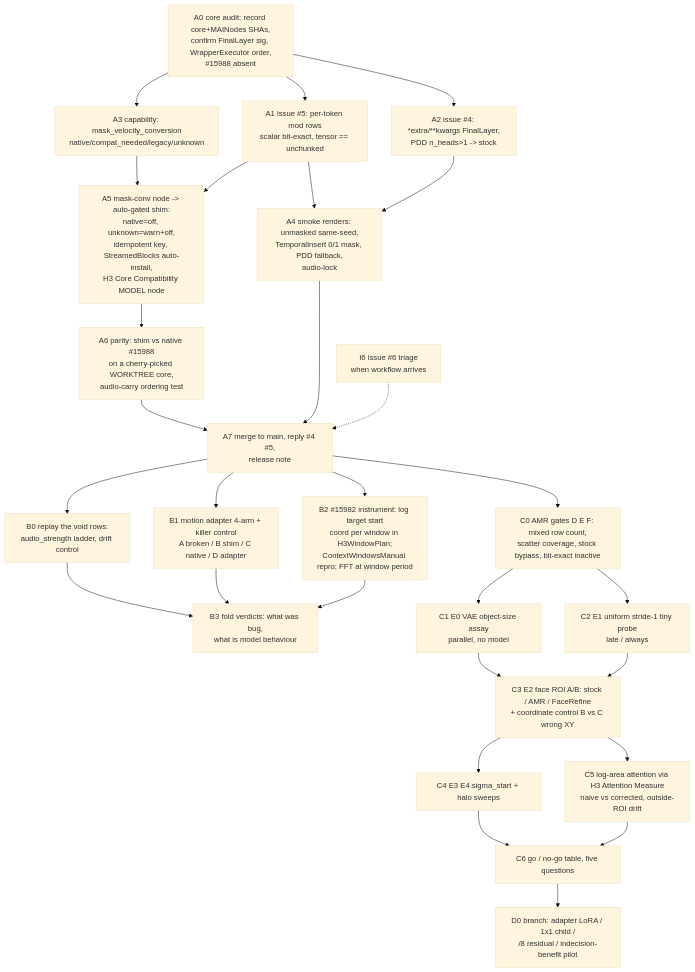
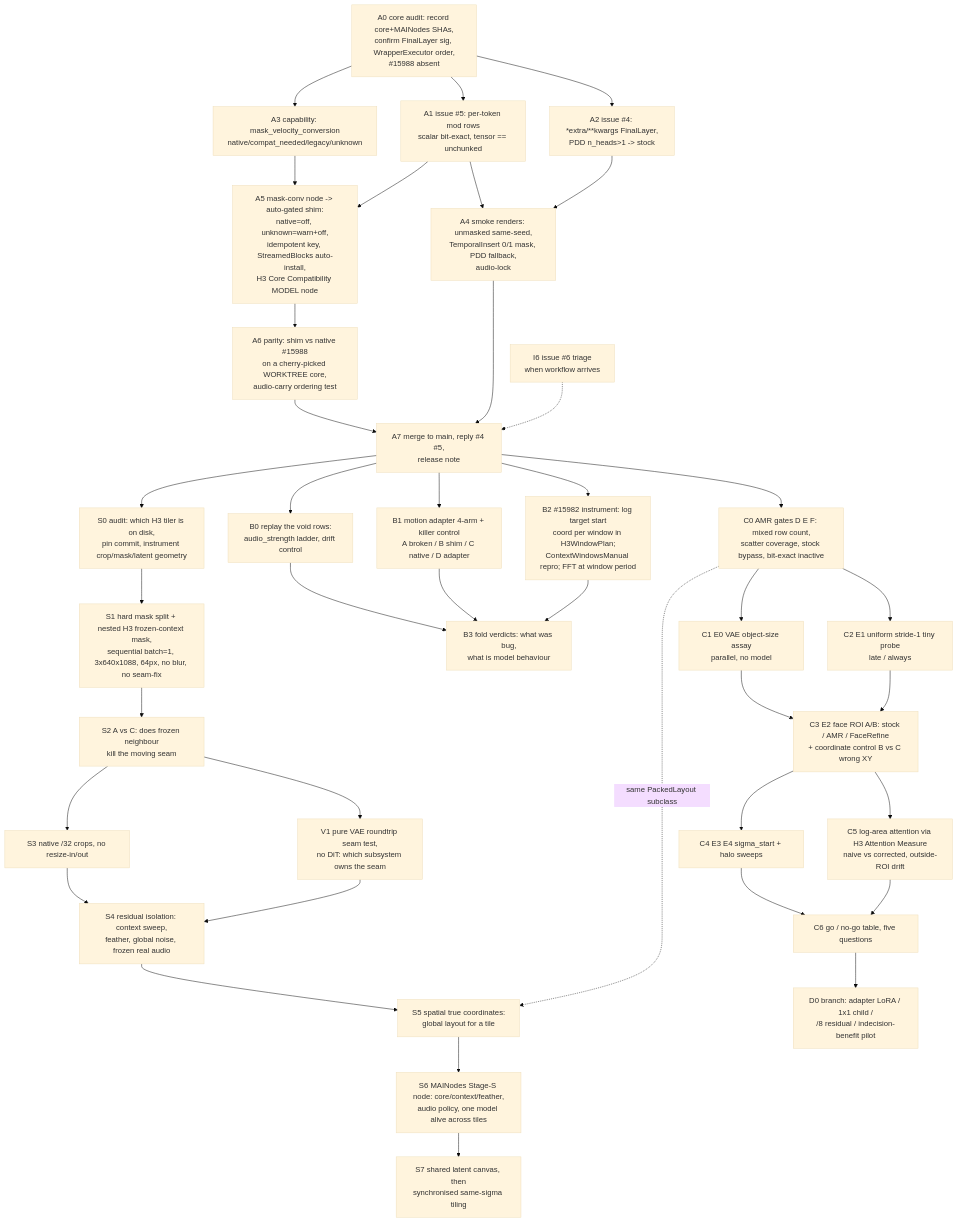
One commit to matlowai/ComfyUI-MAINodes changed the diagram in docs/roadmaps/H3_CORE_COMPAT_TO_SPATIAL_AMR_DAG_2026-09-04.md. Above: the diagram before and after it, drawn with Mermaid (base theme). The commit also changed other lines of this file and 1 other file, not shown here.

First line of the commit message:
DAG: Phase S (frozen-context tiling, VAE seam isolation, spatial true coordinates, Stage-S node) from supplement #2; S5 and C0 share one layout subclass; seam families, hard-vs-soft mask, and the subproblem abstraction as principles

````diff
--- a/docs/roadmaps/H3_CORE_COMPAT_TO_SPATIAL_AMR_DAG_2026-09-04.md
+++ b/docs/roadmaps/H3_CORE_COMPAT_TO_SPATIAL_AMR_DAG_2026-09-04.md
@@ -37,32 +41,52 @@
 ```mermaid
 graph TD
   A0[A0 core audit: record core+MAINodes SHAs,\nconfirm FinalLayer sig, WrapperExecutor order,\n#15988 absent] --> A1
   A0 --> A2
   A0 --> A3
   A1[A1 issue #5: per-token mod rows\nscalar bit-exact, tensor == unchunked] --> A4
   A2[A2 issue #4: *extra/**kwargs FinalLayer,\nPDD n_heads>1 -> stock] --> A4
   A3[A3 capability: mask_velocity_conversion\nnative/compat_needed/legacy/unknown] --> A5
   A5[A5 mask-conv node -> auto-gated shim:\nnative=off, unknown=warn+off,\nidempotent key, StreamedBlocks auto-install,\nH3 Core Compatibility MODEL node] --> A6
   A1 --> A5
   A6[A6 parity: shim vs native #15988\non a cherry-picked WORKTREE core,\naudio-carry ordering test] --> A7
   A4[A4 smoke renders: unmasked same-seed,\nTemporalInsert 0/1 mask, PDD fallback,\naudio-lock] --> A7
   A7[A7 merge to main, reply #4 #5,\nrelease note] --> B0
   A7 --> B1
   A7 --> B2
   A7 --> C0
+  A7 --> S0
+  S0[S0 audit: which H3 tiler is on disk,
+pin commit, instrument crop/mask/latent geometry] --> S1
+  S1[S1 hard mask split + nested H3 frozen-context mask,
+sequential batch=1, 3x640x1088, 64px, no blur, no seam-fix] --> S2
+  S2[S2 A vs C: does frozen neighbour
+kill the moving seam] --> S3
+  S2 --> V1
+  S3[S3 native /32 crops, no resize-in/out] --> S4
+  V1[V1 pure VAE roundtrip seam test,
+no DiT: which subsystem owns the seam] --> S4
+  S4[S4 residual isolation: context sweep,
+feather, global noise, frozen real audio] --> S5
+  S5[S5 spatial true coordinates:
+global layout for a tile] --> S6
+  C0 -. same PackedLayout subclass .-> S5
+  S6[S6 MAINodes Stage-S node: core/context/feather,
+audio policy, one model alive across tiles] --> S7
+  S7[S7 shared latent canvas, then
+synchronised same-sigma tiling]
   B0[B0 replay the void rows:\naudio_strength ladder, drift control] --> B3
   B1[B1 motion adapter 4-arm + killer control\nA broken / B shim / C native / D adapter] --> B3
   B2[B2 #15982 instrument: log target start\ncoord per window in H3WindowPlan;\nContextWindowsManual repro; FFT at window period] --> B3
   B3[B3 fold verdicts: what was bug,\nwhat is model behaviour]
   I6[I6 issue #6 triage\nwhen workflow arrives] -.-> A7
   C0[C0 AMR gates D E F: mixed row count,\nscatter coverage, stock bypass, bit-exact inactive] --> C1
   C1[C1 E0 VAE object-size assay\nparallel, no model] --> C3
   C0 --> C2
   C2[C2 E1 uniform stride-1 tiny probe\nlate / always] --> C3
   C3[C3 E2 face ROI A/B: stock / AMR / FaceRefine\n+ coordinate control B vs C wrong XY] --> C4
   C3 --> C5
   C4[C4 E3 E4 sigma_start + halo sweeps] --> C6
   C5[C5 log-area attention via H3 Attention Measure\nnaive vs corrected, outside-ROI drift] --> C6
   C6[C6 go / no-go table, five questions] --> D0
   D0[D0 branch: adapter LoRA / 1x1 child /\n/8 residual / indecision-benefit pilot]
 ```
````
